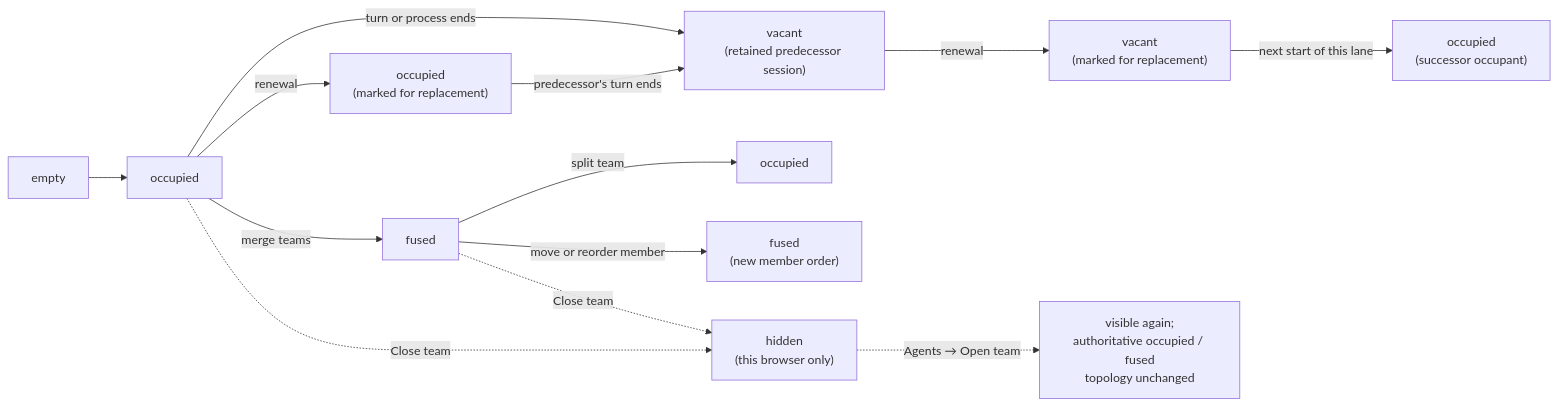
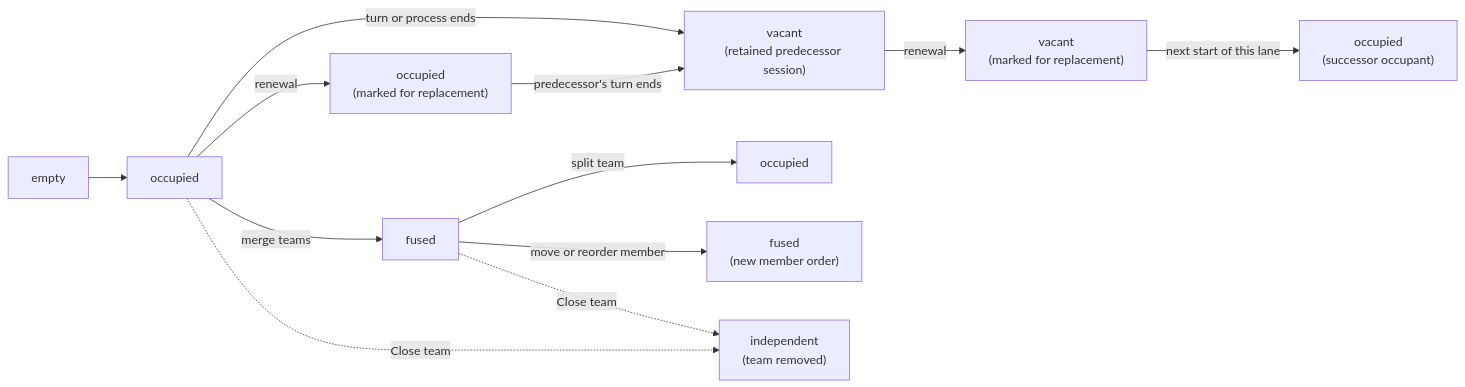
Diagram 14 of 19 in docs/product/model/states.md (infimalabs/spice-rust), drawn with Mermaid before and after one commit. The commit also changed other lines of this file and 16 other files, not shown here.

Commit message:
canvas: Close team removes every member instead of hiding the team

````diff
--- a/docs/product/model/states.md
+++ b/docs/product/model/states.md
@@ -343,15 +343,14 @@
 ```mermaid
 flowchart LR
   E["empty"] --> O["occupied"]
   O -->|"merge teams"| F["fused"]
   O -->|"renewal"| OM["occupied<br/>(marked for replacement)"]
   OM -->|"predecessor's turn ends"| Q
   O -->|"turn or process ends"| Q["vacant<br/>(retained predecessor session)"]
   Q -->|"renewal"| QM["vacant<br/>(marked for replacement)"]
   QM -->|"next start of this lane"| OR["occupied<br/>(successor occupant)"]
   F -->|"split team"| OS["occupied"]
   F -->|"move or reorder member"| FR["fused<br/>(new member order)"]
-  O -.->|"Close team"| H["hidden<br/>(this browser only)"]
-  F -.->|"Close team"| H
-  H -.->|"Agents → Open team"| V["visible again;<br/>authoritative occupied / fused<br/>topology unchanged"]
+  O -.->|"Close team"| I["independent<br/>(team removed)"]
+  F -.->|"Close team"| I
 ```
````
